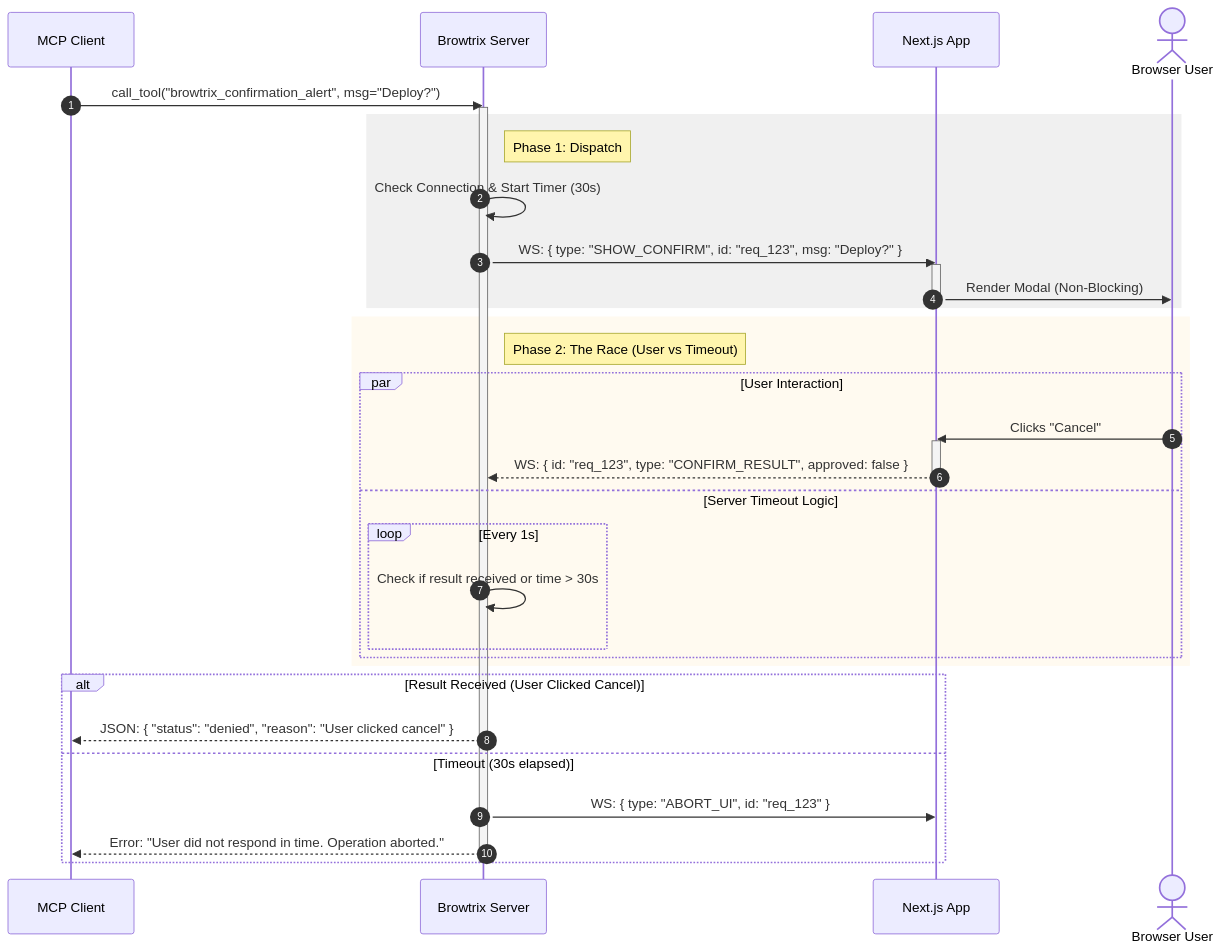
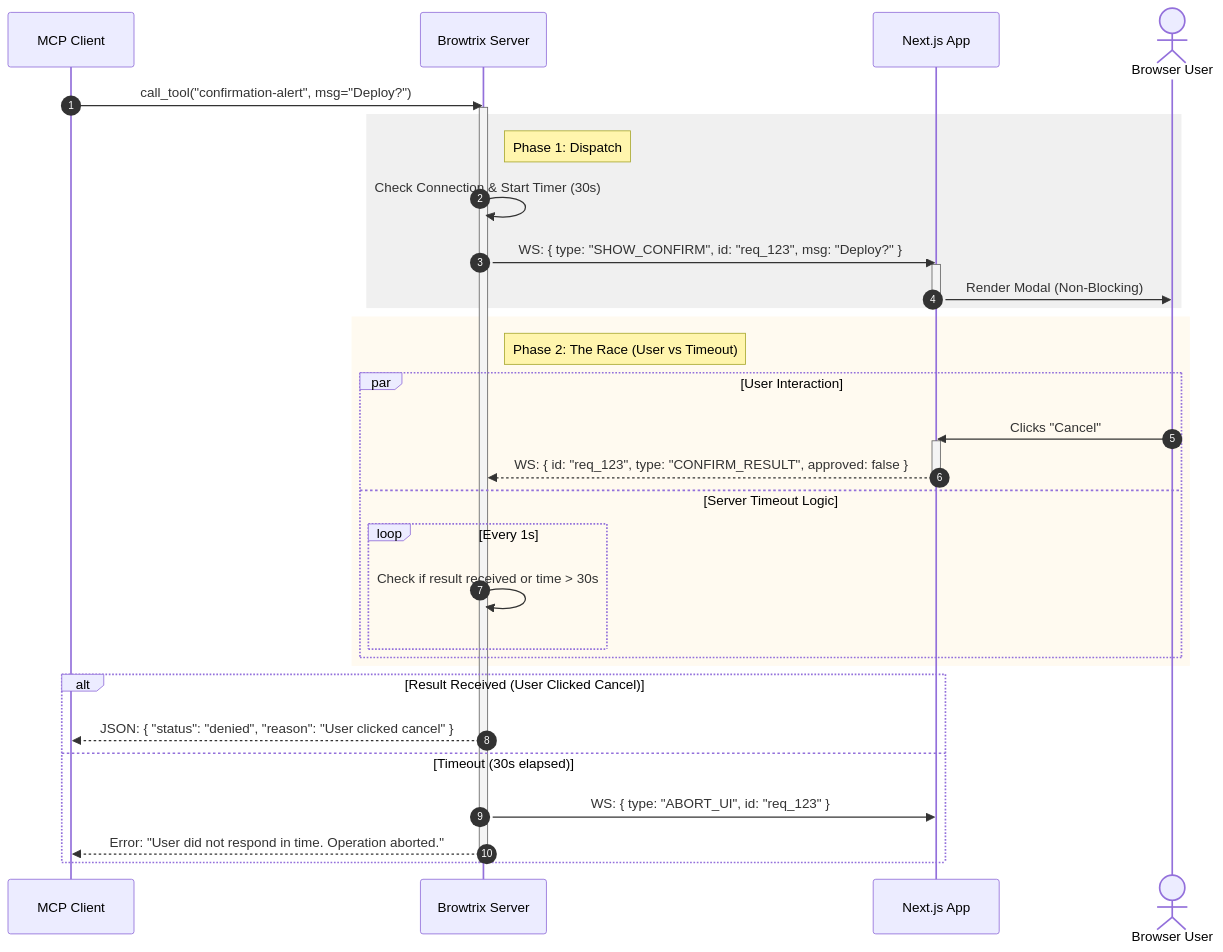
One commit to InduwaraSMPN/browtrix changed the diagram in docs/sequence_diagrams/browtrix_confirmation_alert.mermaid. Above: the diagram before and after it, drawn with Mermaid. The commit also changed 9 other files, not shown here.

```diff
--- a/docs/sequence_diagrams/browtrix_confirmation_alert.mermaid
+++ b/docs/sequence_diagrams/browtrix_confirmation_alert.mermaid
@@ -1,40 +1,40 @@
 sequenceDiagram
     autonumber
     participant Client as MCP Client
     participant Server as Browtrix Server
     participant WebApp as Next.js App
     actor WebUser as Browser User
 
-    Client->>Server: call_tool("browtrix_confirmation_alert", msg="Deploy?")
+    Client->>Server: call_tool("confirmation-alert", msg="Deploy?")
     activate Server
 
     rect rgb(240, 240, 240)
         Note right of Server: Phase 1: Dispatch
         Server->>Server: Check Connection & Start Timer (30s)
         Server->>WebApp: WS: { type: "SHOW_CONFIRM", id: "req_123", msg: "Deploy?" }
         activate WebApp
         WebApp->>WebUser: Render Modal (Non-Blocking)
         deactivate WebApp
     end
 
     rect rgb(255, 250, 240)
         Note right of Server: Phase 2: The Race (User vs Timeout)
         par User Interaction
             WebUser->>WebApp: Clicks "Cancel"
             activate WebApp
             WebApp-->>Server: WS: { id: "req_123", type: "CONFIRM_RESULT", approved: false }
             deactivate WebApp
         and Server Timeout Logic
             loop Every 1s
                 Server->>Server: Check if result received or time > 30s
             end
         end
     end
 
     alt Result Received (User Clicked Cancel)
         Server-->>Client: JSON: { "status": "denied", "reason": "User clicked cancel" }
     else Timeout (30s elapsed)
         Server->>WebApp: WS: { type: "ABORT_UI", id: "req_123" }
         Server-->>Client: Error: "User did not respond in time. Operation aborted."
     end
     deactivate Server
```
